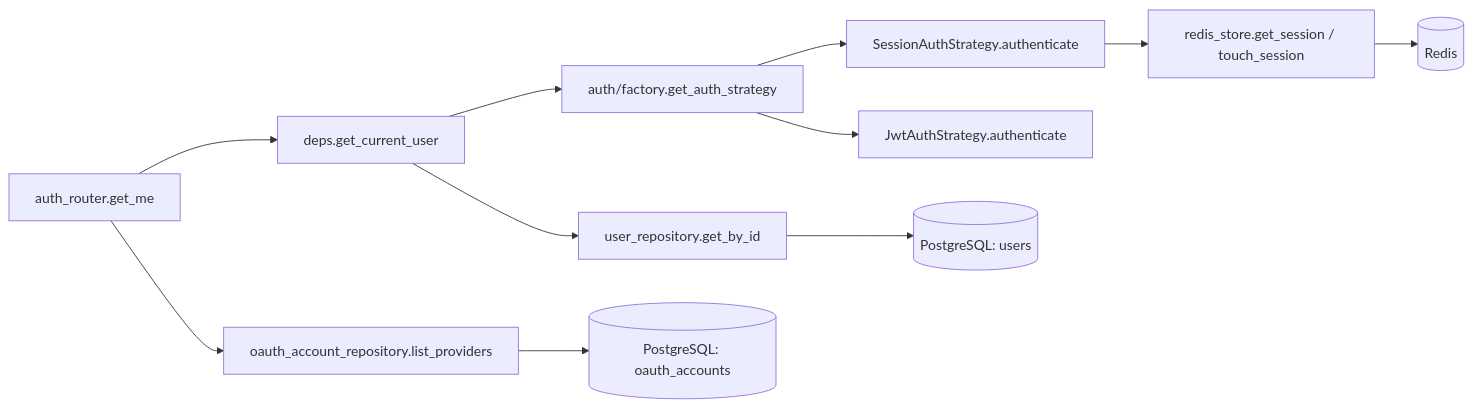
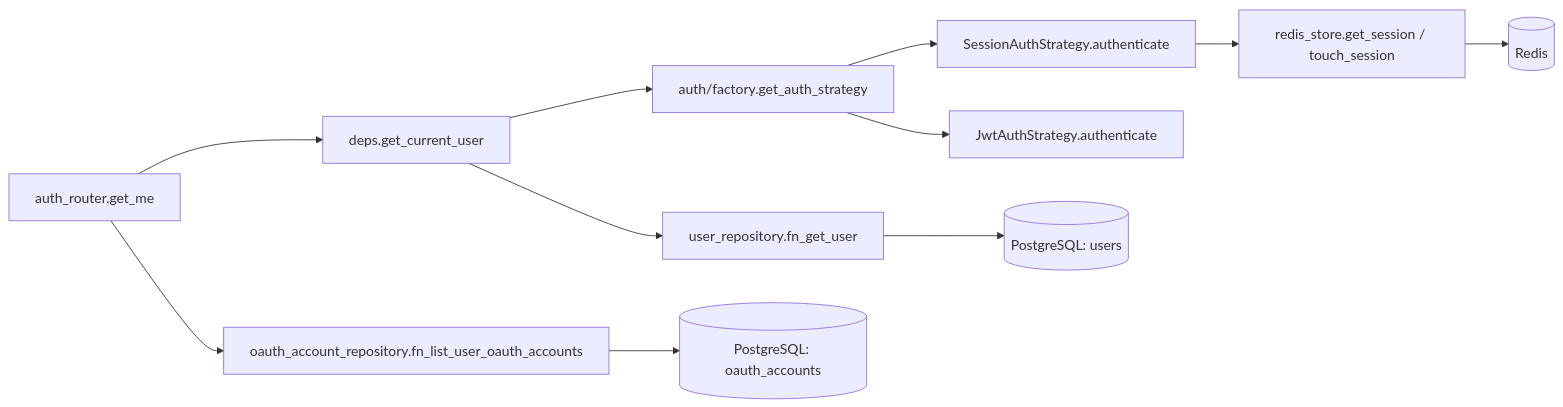
The third of 4 diagrams in detailed_design/api/auth/04_get_auth_me.md (oikawa-d/task_management), drawn with Mermaid before and after one commit. The commit also changed other lines of this file and 58 other files, not shown here.

````diff
--- a/detailed_design/api/auth/04_get_auth_me.md
+++ b/detailed_design/api/auth/04_get_auth_me.md
@@ -233,13 +233,13 @@
 ```mermaid
 flowchart LR
     R["auth_router.get_me"] --> DEP["deps.get_current_user"]
     DEP --> FACT["auth/factory.get_auth_strategy"]
     FACT --> SESS["SessionAuthStrategy.authenticate"]
     FACT --> JWTS["JwtAuthStrategy.authenticate"]
     SESS --> RS["redis_store.get_session / touch_session"]
-    DEP --> URP["user_repository.get_by_id"]
-    R --> OARP["oauth_account_repository.list_providers"]
+    DEP --> URP["user_repository.fn_get_user"]
+    R --> OARP["oauth_account_repository.fn_list_user_oauth_accounts"]
     RS --> RD[("Redis")]
     URP --> PG[("PostgreSQL: users")]
     OARP --> PG2[("PostgreSQL: oauth_accounts")]
 ```
````
